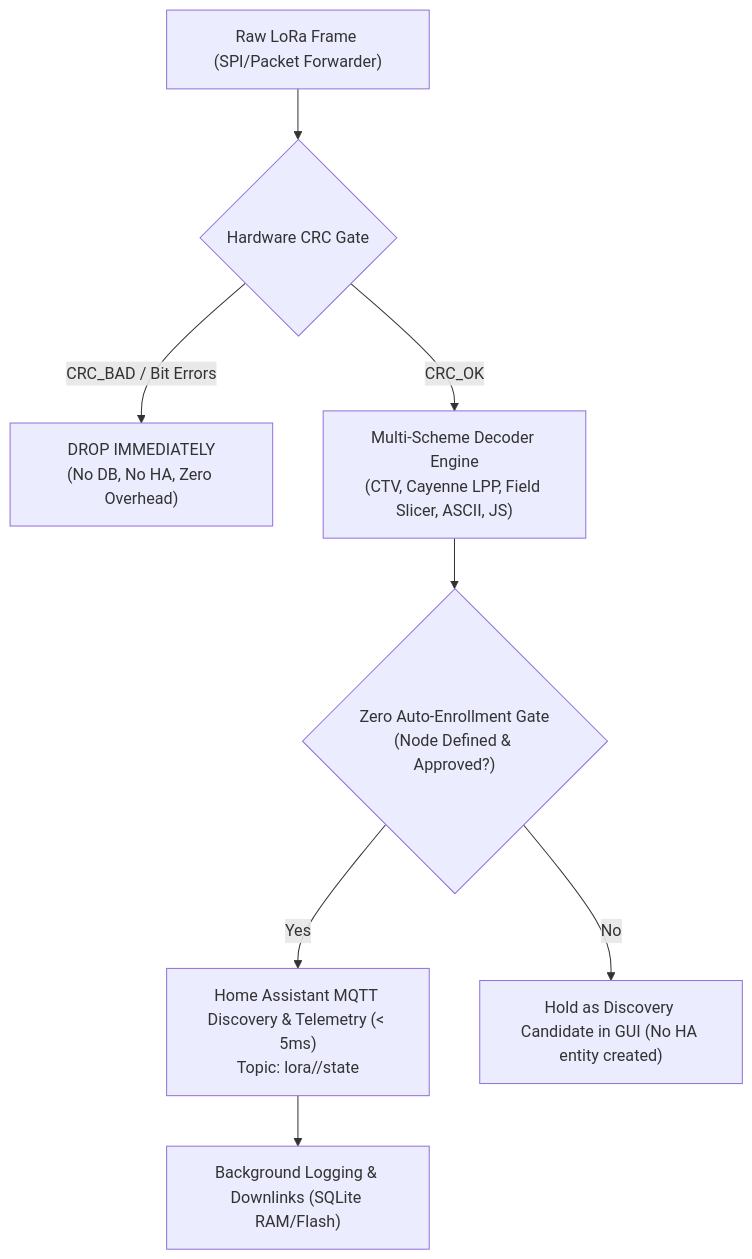
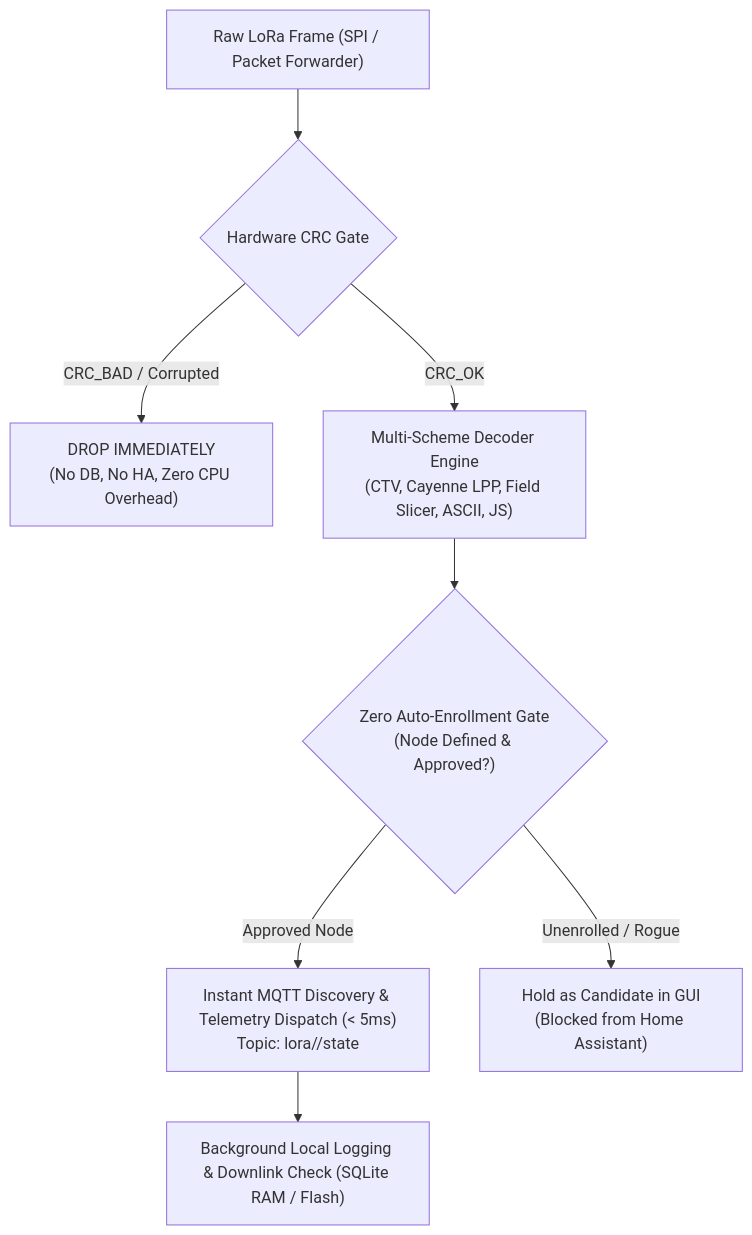
One commit to nor24o/custom-lps8-firmware changed the diagram in README.md. Above: the diagram before and after it, drawn with Mermaid. The commit also changed other lines of this file and 3 other files, not shown here.

Commit message:
feat(pipeline): upload full LoRa telemetry decoder suite, benchmarks, cross-platform engine & complete documentation

````diff
--- a/README.md
+++ b/README.md
@@ -9,10 +11,15 @@
 ```mermaid
 flowchart TD
-    A["Raw LoRa Frame (SPI/Packet Forwarder)"] --> B{"Hardware CRC Gate"}
-    B -- "CRC_BAD / Bit Errors" --> C["DROP IMMEDIATELY\n(No DB, No HA, Zero Overhead)"]
-    B -- "CRC_OK" --> D["Multi-Scheme Decoder Engine\n(CTV, Cayenne LPP, Field Slicer, ASCII, JS)"]
-    D --> E{"Zero Auto-Enrollment Gate\n(Node Defined & Approved?)"}
-    E -- "Yes" --> F["Home Assistant MQTT Discovery & Telemetry (< 5ms)\nTopic: lora/<node_id>/state"]
-    E -- "No" --> G["Hold as Discovery Candidate in GUI (No HA entity created)"]
-    F --> H["Background Logging & Downlinks (SQLite RAM/Flash)"]
+    A["Raw LoRa Frame (SPI / Packet Forwarder)"] --> B{"Hardware CRC Gate"}
+    B -- "CRC_BAD / Corrupted" --> C["DROP IMMEDIATELY
+(No DB, No HA, Zero CPU Overhead)"]
+    B -- "CRC_OK" --> D["Multi-Scheme Decoder Engine
+(CTV, Cayenne LPP, Field Slicer, ASCII, JS)"]
+    D --> E{"Zero Auto-Enrollment Gate
+(Node Defined & Approved?)"}
+    E -- "Approved Node" --> F["Instant MQTT Discovery & Telemetry Dispatch (< 5ms)
+Topic: lora/<node_id>/state"]
+    E -- "Unenrolled / Rogue" --> G["Hold as Candidate in GUI
+(Blocked from Home Assistant)"]
+    F --> H["Background Local Logging & Downlink Check (SQLite RAM / Flash)"]
 ```
````
